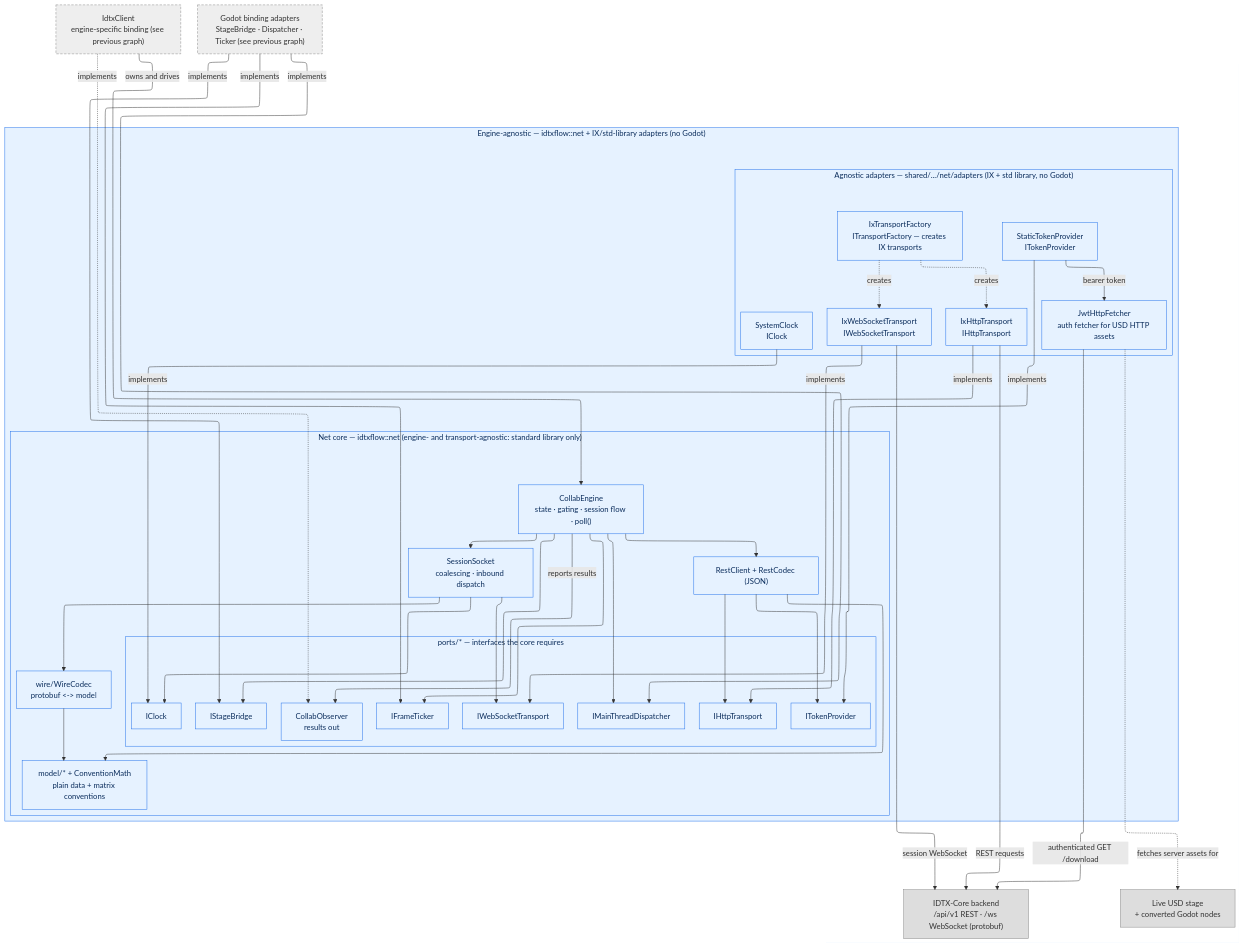
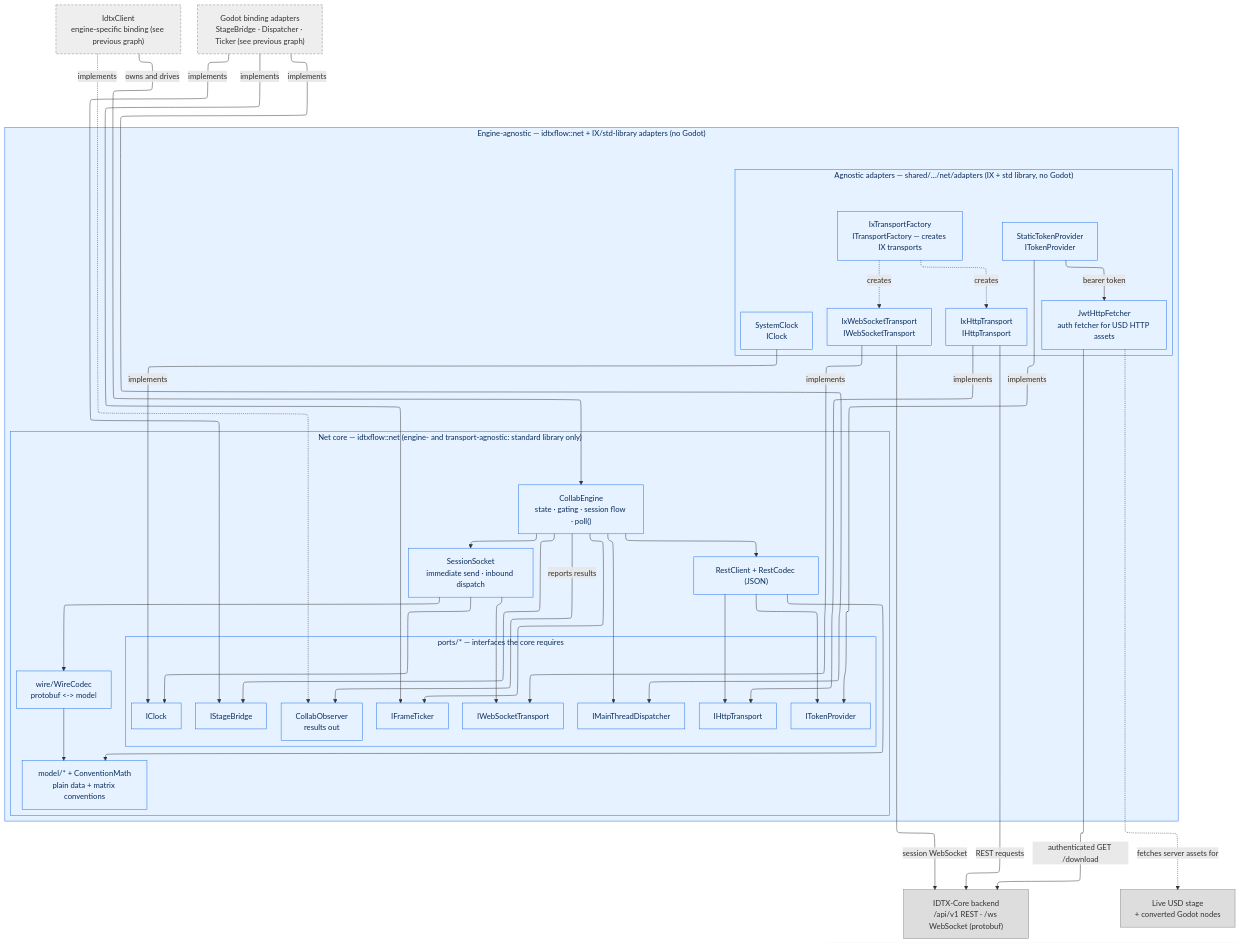
Before and after one commit to Immersive-Data-Center-Management/idtx-flow: the third of 3 diagrams in docs/collab-client/overview.md, drawn with Mermaid. The commit also changed 8 other files, not shown here.

````diff
--- a/docs/collab-client/overview.md
+++ b/docs/collab-client/overview.md
@@ -137,81 +137,81 @@
 ```mermaid
 ---
 config:
   layout: elk
 ---
 graph TB
     CLIENTREF["IdtxClient<br/>engine-specific binding (see previous graph)"]
 
     subgraph AGNOSTIC["Engine-agnostic — idtxflow::net + IX/std-library adapters (no Godot)"]
         subgraph CORE["Net core — idtxflow::net (engine- and transport-agnostic: standard library only)"]
             ENGINE["CollabEngine<br/>state · gating · session flow · poll()"]
             REST["RestClient + RestCodec (JSON)"]
-            SOCK["SessionSocket<br/>coalescing · inbound dispatch"]
+            SOCK["SessionSocket<br/>immediate send · inbound dispatch"]
             CODEC["wire/WireCodec<br/>protobuf &lt;-&gt; model"]
             MODEL["model/* + ConventionMath<br/>plain data + matrix conventions"]
             subgraph PORTS["ports/* — interfaces the core requires"]
                 OBS["CollabObserver<br/>results out"]
                 PBRIDGE["IStageBridge"]
                 PDISP["IMainThreadDispatcher"]
                 PTICK["IFrameTicker"]
                 PHTTP["IHttpTransport"]
                 PWS["IWebSocketTransport"]
                 PTOK["ITokenProvider"]
                 PCLK["IClock"]
             end
         end
 
         subgraph ADAPT["Agnostic adapters — shared/.../net/adapters (IX + std library, no Godot)"]
             HTTP["IxHttpTransport<br/>IHttpTransport"]
             WS["IxWebSocketTransport<br/>IWebSocketTransport"]
             TFAC["IxTransportFactory<br/>ITransportFactory — creates IX transports"]
             TOK["StaticTokenProvider<br/>ITokenProvider"]
             FETCH["JwtHttpFetcher<br/>auth fetcher for USD HTTP assets"]
             CLK["SystemClock<br/>IClock"]
         end
     end
 
     BACKEND["IDTX-Core backend<br/>/api/v1 REST · /ws WebSocket (protobuf)"]
     USDSTAGE["Live USD stage<br/>+ converted Godot nodes"]
     BINDREF["Godot binding adapters<br/>StageBridge · Dispatcher · Ticker (see previous graph)"]
 
     CLIENTREF -->|owns and drives| ENGINE
     CLIENTREF -.implements.-> OBS
 
     ENGINE -->|reports results| OBS
     ENGINE --> REST
     ENGINE --> SOCK
     REST --> MODEL
     SOCK --> CODEC
     CODEC --> MODEL
     ENGINE --> PBRIDGE
     ENGINE --> PDISP
     ENGINE --> PTICK
     REST --> PHTTP
     REST --> PTOK
     SOCK --> PWS
     SOCK --> PCLK
     HTTP -->|implements| PHTTP
     WS -->|implements| PWS
     TOK -->|implements| PTOK
     CLK -->|implements| PCLK
     BINDREF -->|implements| PBRIDGE
     BINDREF -->|implements| PDISP
     BINDREF -->|implements| PTICK
     TFAC -.creates.-> HTTP
     TFAC -.creates.-> WS
     TOK -->|bearer token| FETCH
 
     HTTP -->|REST requests| BACKEND
     WS -->|session WebSocket| BACKEND
     FETCH -->|authenticated GET /download| BACKEND
     FETCH -.->|fetches server assets for| USDSTAGE
 
     classDef agnostic fill:#e6f2ff,stroke:#1f6feb,color:#0b2d5c;
     classDef ref fill:#eeeeee,stroke:#888888,color:#333333,stroke-dasharray: 5 3;
     classDef ext fill:#dddddd,stroke:#888888,color:#333333;
     class AGNOSTIC,CORE,ENGINE,REST,SOCK,CODEC,MODEL,PORTS,OBS,PBRIDGE,PDISP,PTICK,PHTTP,PWS,PTOK,PCLK agnostic;
     class ADAPT,HTTP,WS,TFAC,TOK,FETCH,CLK agnostic;
     class CLIENTREF,BINDREF ref;
     class BACKEND,USDSTAGE ext;
 ```
````
